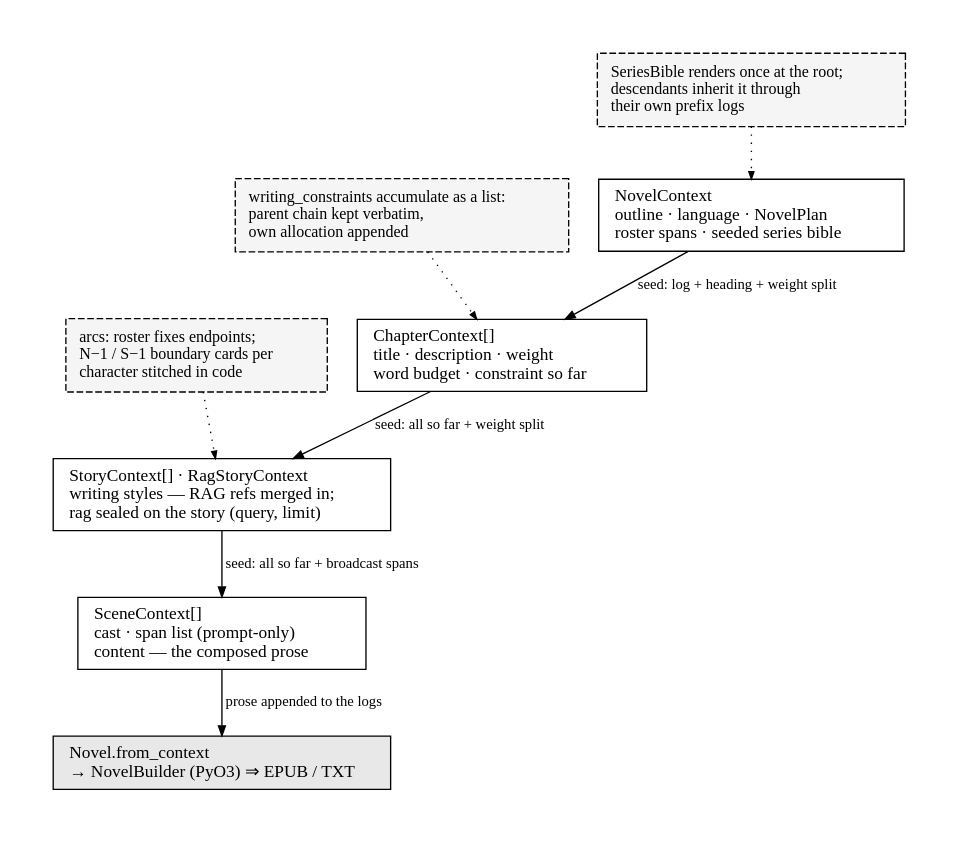
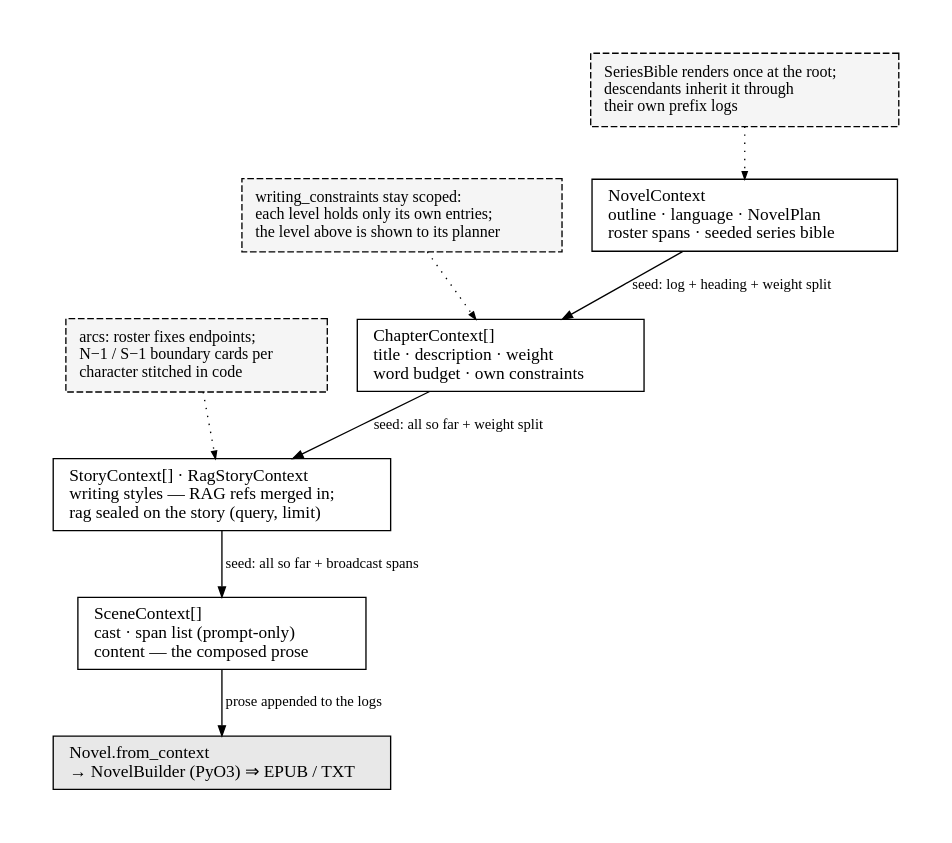
The diagram in packages/fabricatio-novel/assets/dataflow.gv (Whth/fabricatio), drawn with Graphviz before and after one commit. The commit also changed 4 other files, not shown here.

First line of the commit message:
docs(novel): scope constraints in docs and diagrams

```diff
--- a/packages/fabricatio-novel/assets/dataflow.gv
+++ b/packages/fabricatio-novel/assets/dataflow.gv
@@ -1,41 +1,41 @@
 // fabricatio-novel: what flows down the context tree, and what flows back up.
 // Render: dot -Tsvg dataflow.gv -o dataflow.svg
 digraph dataflow {
     rankdir=TB;
     bgcolor="white";
     fontname="serif";
     pad="0.45";
     nodesep=0.30;
     ranksep=0.52;
 
     node [shape=box, style="filled", fillcolor="white", color="black",
           fontname="serif", fontsize=13, margin="0.16,0.09"];
     edge [color="black", arrowsize=0.75, fontname="serif", fontsize=11];
 
     novel   [label="NovelContext\loutline · language · NovelPlan\lroster spans · seeded series bible\l"];
-    chapter [label="ChapterContext[]\ltitle · description · weight\lword budget · constraint so far\l"];
+    chapter [label="ChapterContext[]\ltitle · description · weight\lword budget · own constraints\l"];
     story   [label="StoryContext[] · RagStoryContext\lwriting styles — RAG refs merged in;\lrag sealed on the story (query, limit)\l"];
     scene   [label="SceneContext[]\lcast · span list (prompt-only)\lcontent — the composed prose\l"];
 
     novel   -> chapter [label="  seed: log + heading + weight split\l"];
     chapter -> story [label="  seed: all so far + weight split\l"];
     story   -> scene  [label="  seed: all so far + broadcast spans\l"];
 
     // downward cross-cutting mechanisms
     node [style="filled, dashed", fillcolor="#F5F5F5", fontsize=12, margin="0.14,0.11"];
     edge [style=dotted, arrowsize=0.55];
 
     bible  [label="SeriesBible renders once at the root;\ldescendants inherit it through\ltheir own prefix logs\l"];
-    constr [label="writing_constraints accumulate as a list:\lparent chain kept verbatim,\lown allocation appended\l"];
+    constr [label="writing_constraints stay scoped:\leach level holds only its own entries;\lthe level above is shown to its planner\l"];
     spans  [label="arcs: roster fixes endpoints;\lN−1 / S−1 boundary cards per\lcharacter stitched in code\l"];
 
     bible  -> novel;
     constr -> chapter;
     spans  -> story;
 
     // upward aggregation
     node [style="filled", fillcolor="#E8E8E8", fontsize=13, margin="0.16,0.09"];
     edge [style=solid, arrowsize=0.75];
     asm [label="Novel.from_context\l→ NovelBuilder (PyO3) ⇒ EPUB / TXT\l"];
     scene -> asm [label="  prose appended to the logs\l"];
 }
```
